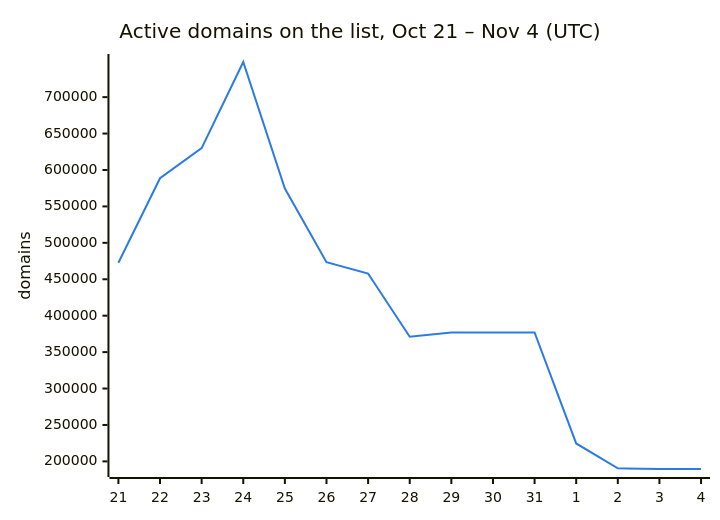
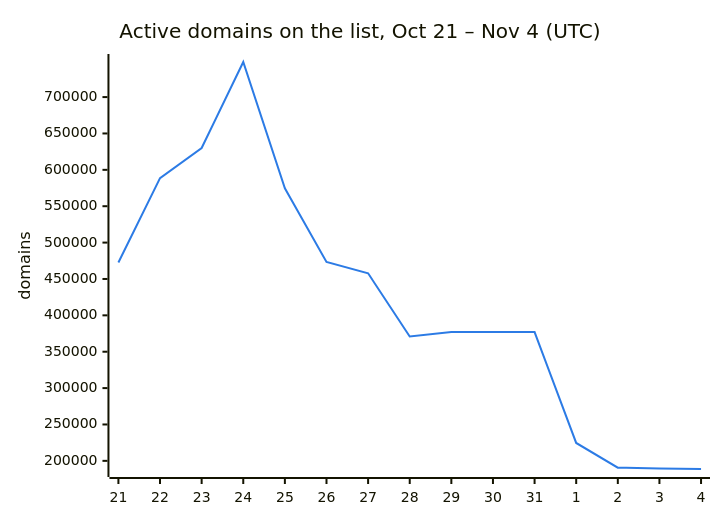
Before and after one commit to DNSBunker/CTI: the second of 3 diagrams in README.md, drawn with Mermaid. The commit also changed other lines of this file and 3 other files, not shown here.

````diff
--- a/README.md
+++ b/README.md
@@ -38,8 +38,8 @@
 ```mermaid
 %%{init: {"themeVariables": {"xyChart": {"plotColorPalette": "#2c7be5"}}}}%%
 xychart-beta
     title "Active domains on the list, Oct 21 – Nov 4 (UTC)"
     x-axis ["21", "22", "23", "24", "25", "26", "27", "28", "29", "30", "31", "1", "2", "3", "4"]
     y-axis "domains"
-    line [472713, 588659, 629951, 748222, 574614, 473331, 457795, 371010, 376945, 376945, 376945, 224607, 190603, 189609, 189555]
+    line [472713, 588659, 629951, 748222, 574614, 473331, 457795, 371010, 376945, 376945, 376945, 224607, 190603, 189609, 188799]
 ```
````
